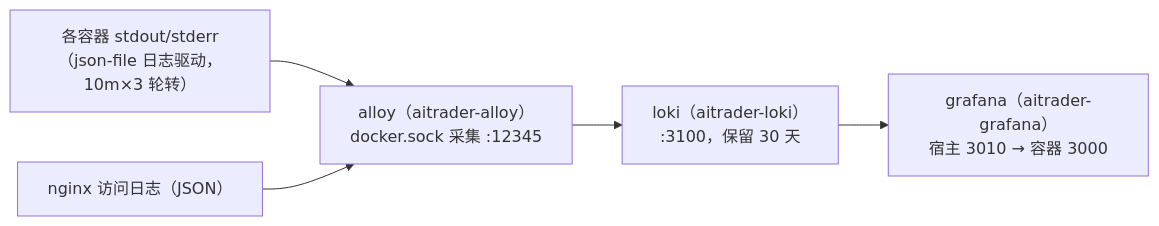
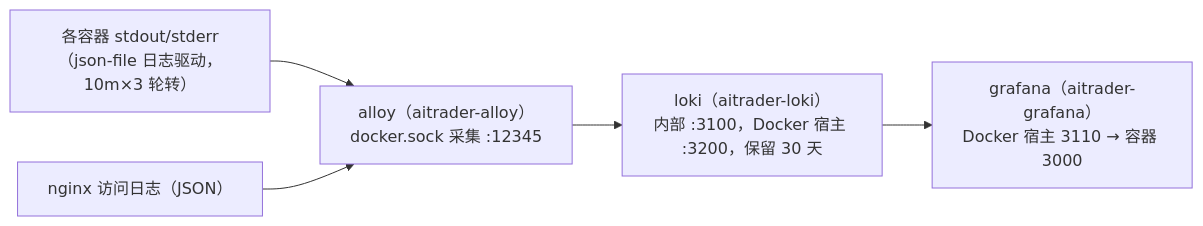
The second of 2 diagrams in docs/architecture.md (fzdfy/ai-trader), drawn with Mermaid before and after one commit. The commit also changed other lines of this file and 102 other files, not shown here.

````diff
--- a/docs/architecture.md
+++ b/docs/architecture.md
@@ -114,7 +115,7 @@
 ```mermaid
 flowchart LR
   C["各容器 stdout/stderr<br/>（json-file 日志驱动，10m×3 轮转）"] --> A["alloy（aitrader-alloy）<br/>docker.sock 采集 :12345"]
   NG["nginx 访问日志（JSON）"] --> A
-  A --> L["loki（aitrader-loki）<br/>:3100，保留 30 天"]
-  L --> G["grafana（aitrader-grafana）<br/>宿主 3010 → 容器 3000"]
+  A --> L["loki（aitrader-loki）<br/>内部 :3100，Docker 宿主 :3200，保留 30 天"]
+  L --> G["grafana（aitrader-grafana）<br/>Docker 宿主 3110 → 容器 3000"]
 ```
````
